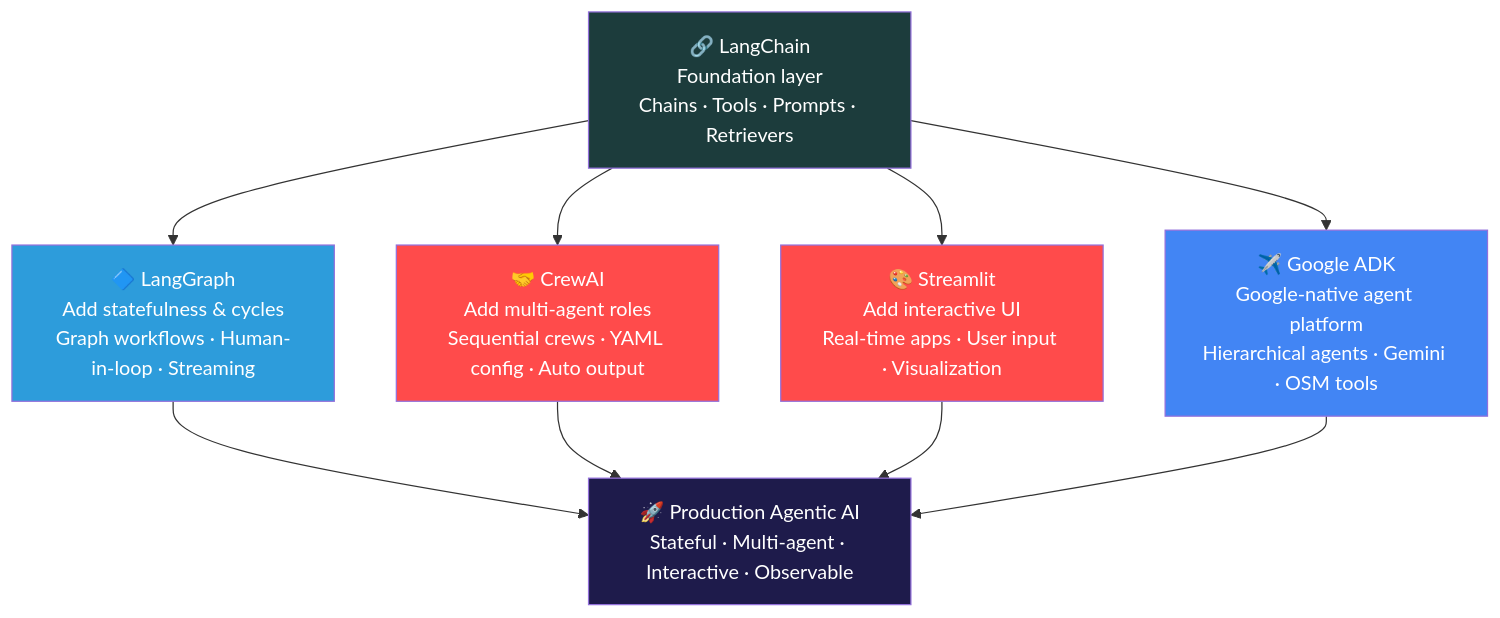
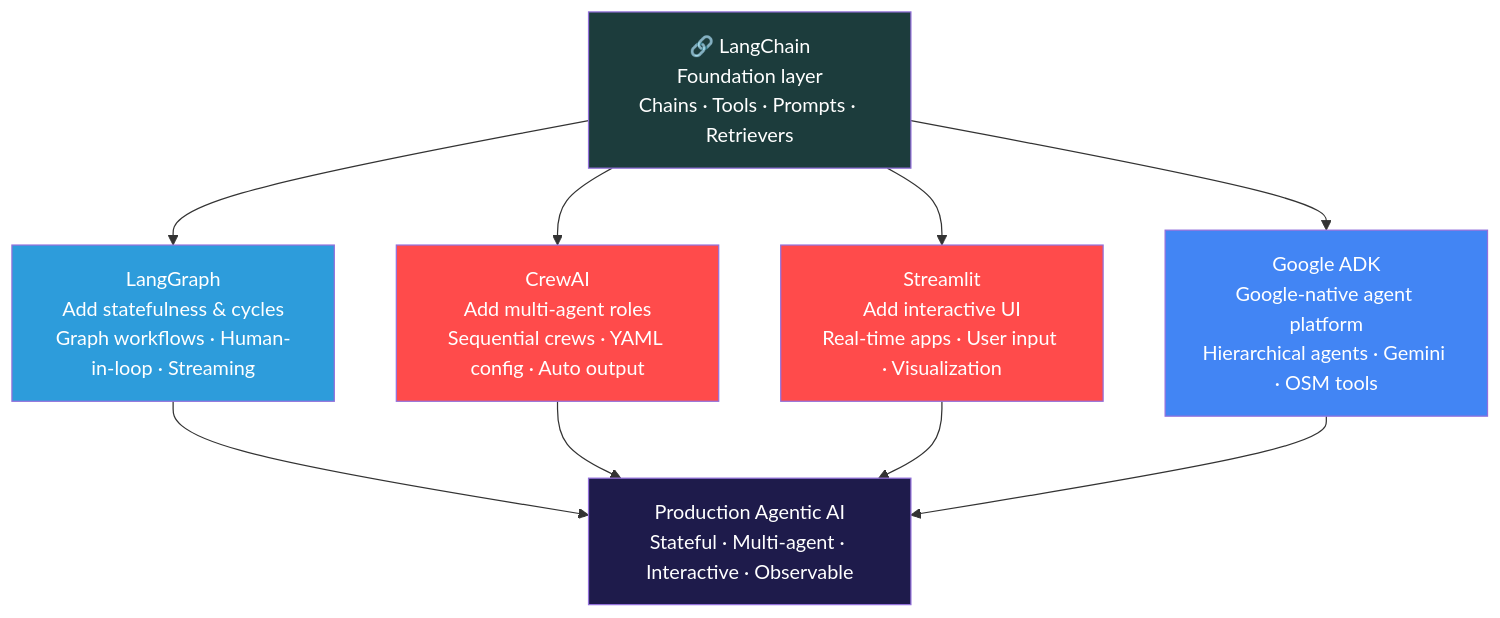
Before and after one commit to a-r-ashik/Agentic-AI-Frameworks: the tenth of 10 diagrams in README.md, drawn with Mermaid. The commit also changed other lines of this file, not shown here.

````diff
--- a/README.md
+++ b/README.md
@@ -398,21 +398,21 @@
 ```mermaid
 flowchart TD
     A["🔗 LangChain\nFoundation layer\nChains · Tools · Prompts · Retrievers"]
 
-    A --> B["🔷 LangGraph\nAdd statefulness & cycles\nGraph workflows · Human-in-loop · Streaming"]
-    A --> C["🤝 CrewAI\nAdd multi-agent roles\nSequential crews · YAML config · Auto output"]
-    A --> D["🎨 Streamlit\nAdd interactive UI\nReal-time apps · User input · Visualization"]
-    A --> E["✈️ Google ADK\nGoogle-native agent platform\nHierarchical agents · Gemini · OSM tools"]
+    A --> B[" LangGraph\nAdd statefulness & cycles\nGraph workflows · Human-in-loop · Streaming"]
+    A --> C[" CrewAI\nAdd multi-agent roles\nSequential crews · YAML config · Auto output"]
+    A --> D[" Streamlit\nAdd interactive UI\nReal-time apps · User input · Visualization"]
+    A --> E[" Google ADK\nGoogle-native agent platform\nHierarchical agents · Gemini · OSM tools"]
 
-    B --> F["🚀 Production Agentic AI\nStateful · Multi-agent · Interactive · Observable"]
+    B --> F[" Production Agentic AI\nStateful · Multi-agent · Interactive · Observable"]
     C --> F
     D --> F
     E --> F
 
     style A fill:#1C3C3C,color:#fff
     style B fill:#2D9CDB,color:#fff
     style C fill:#FF4B4B,color:#fff
     style D fill:#FF4B4B,color:#fff
     style E fill:#4285F4,color:#fff
     style F fill:#1e1b4b,color:#fff
 ```
````
